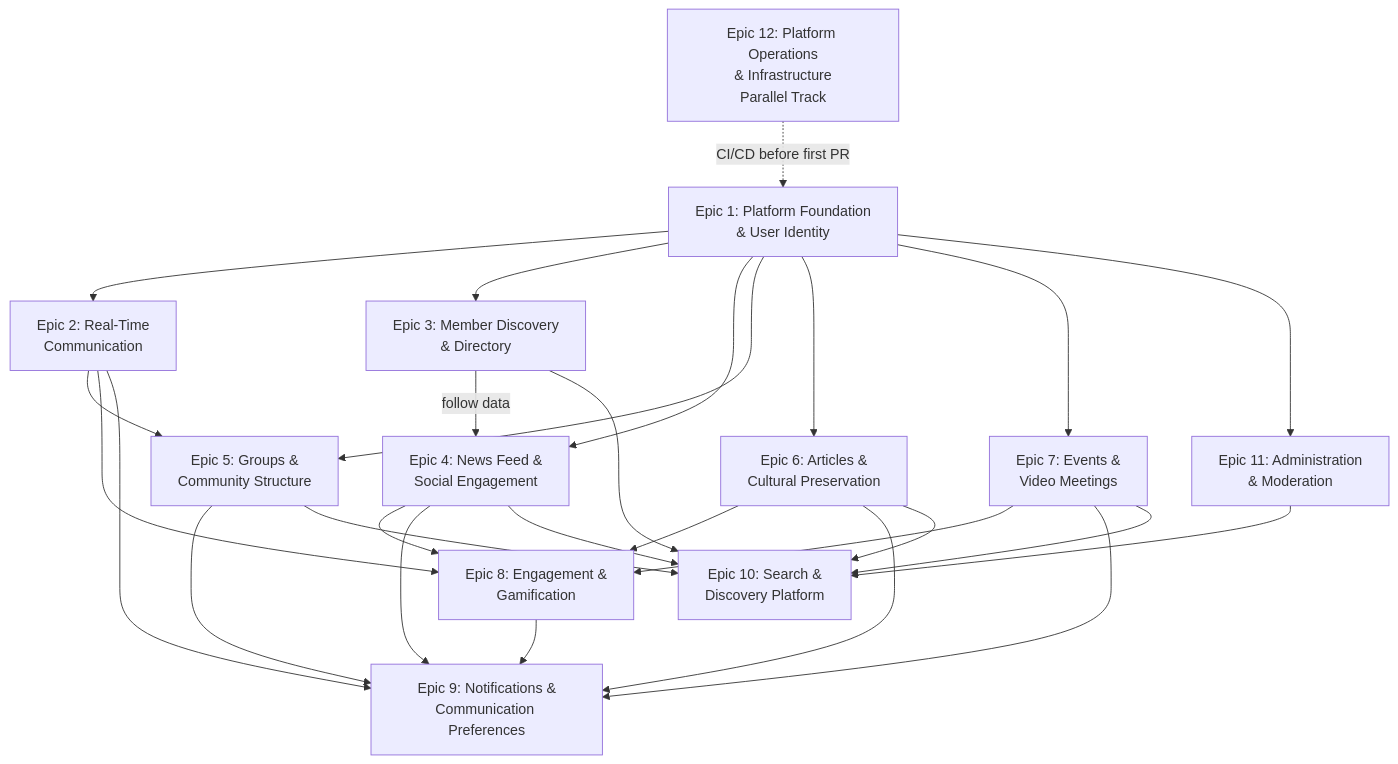
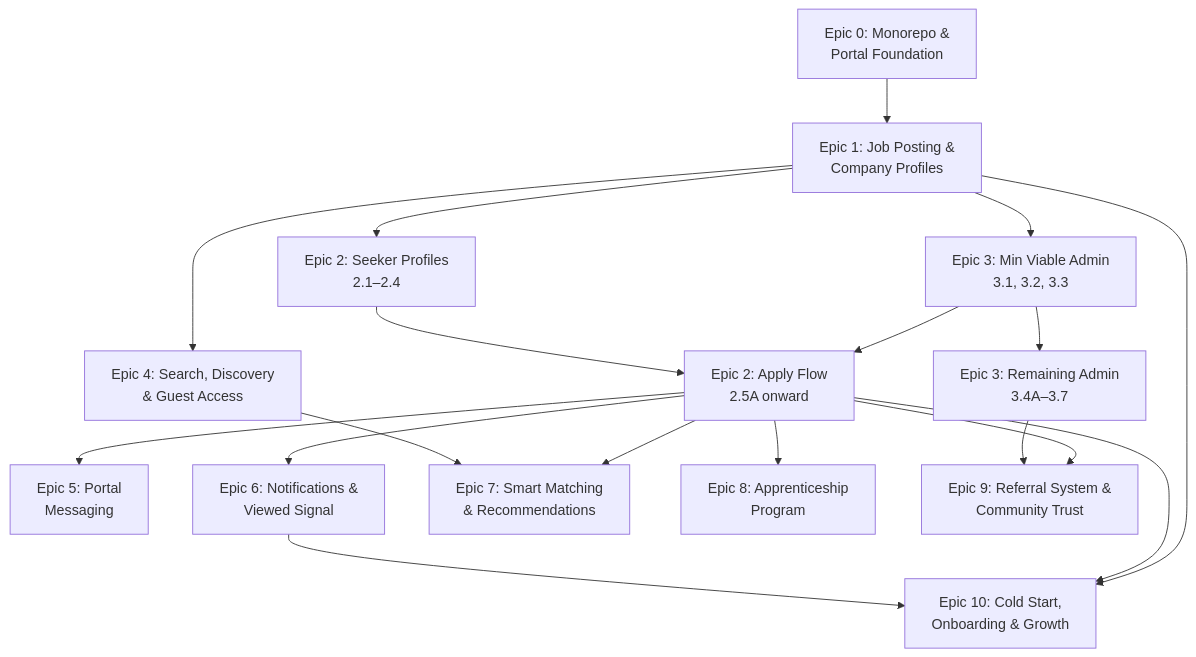
The diagram in _bmad-output/planning-artifacts/epics.md (ulanzi1/igbo), drawn with Mermaid before and after one commit. The commit also changed other lines of this file and 1369 other files, not shown here.

````diff
--- a/_bmad-output/planning-artifacts/epics.md
+++ b/_bmad-output/planning-artifacts/epics.md
@@ -22,42 +121,34 @@
 ```mermaid
 flowchart TD
-    E1[Epic 1: Platform Foundation\n& User Identity]
-    E2[Epic 2: Real-Time\nCommunication]
-    E3[Epic 3: Member Discovery\n& Directory]
-    E4[Epic 4: News Feed &\nSocial Engagement]
-    E5[Epic 5: Groups &\nCommunity Structure]
-    E6[Epic 6: Articles &\nCultural Preservation]
-    E7[Epic 7: Events &\nVideo Meetings]
-    E8[Epic 8: Engagement &\nGamification]
-    E9[Epic 9: Notifications &\nCommunication Preferences]
-    E10[Epic 10: Search &\nDiscovery Platform]
-    E11[Epic 11: Administration\n& Moderation]
-    E12[Epic 12: Platform Operations\n& Infrastructure\nParallel Track]
+    E0[Epic 0: Monorepo &\nPortal Foundation]
+    E1[Epic 1: Job Posting &\nCompany Profiles]
+    E2s[Epic 2: Seeker Profiles\n2.1–2.4]
+    E2a[Epic 2: Apply Flow\n2.5A onward]
+    E3min[Epic 3: Min Viable Admin\n3.1, 3.2, 3.3]
+    E3rest[Epic 3: Remaining Admin\n3.4A–3.7]
+    E4[Epic 4: Search, Discovery\n& Guest Access]
+    E5[Epic 5: Portal\nMessaging]
+    E6[Epic 6: Notifications &\nViewed Signal]
+    E7[Epic 7: Smart Matching\n& Recommendations]
+    E8[Epic 8: Apprenticeship\nProgram]
+    E9[Epic 9: Referral System &\nCommunity Trust]
+    E10[Epic 10: Cold Start,\nOnboarding & Growth]
 
-    E12 -.->|CI/CD before first PR| E1
-    E1 --> E2
-    E1 --> E3
+    E0 --> E1
+    E1 --> E2s
+    E1 --> E3min
     E1 --> E4
-    E1 --> E5
-    E1 --> E6
-    E1 --> E7
-    E1 --> E11
-    E3 -->|follow data| E4
-    E2 --> E5
-    E2 --> E8
-    E2 --> E9
-    E4 --> E8
-    E4 --> E9
-    E5 --> E9
-    E6 --> E8
-    E7 --> E8
-    E6 --> E9
-    E7 --> E9
-    E8 --> E9
-    E3 --> E10
-    E4 --> E10
-    E5 --> E10
+    E3min --> E2a
+    E2s --> E2a
+    E3min --> E3rest
+    E2a --> E5
+    E2a --> E6
+    E2a --> E7
+    E4 --> E7
+    E2a --> E8
+    E2a --> E9
+    E3rest --> E9
+    E1 --> E10
+    E2a --> E10
     E6 --> E10
-    E7 --> E10
-    E11 --> E10
 ```
````
